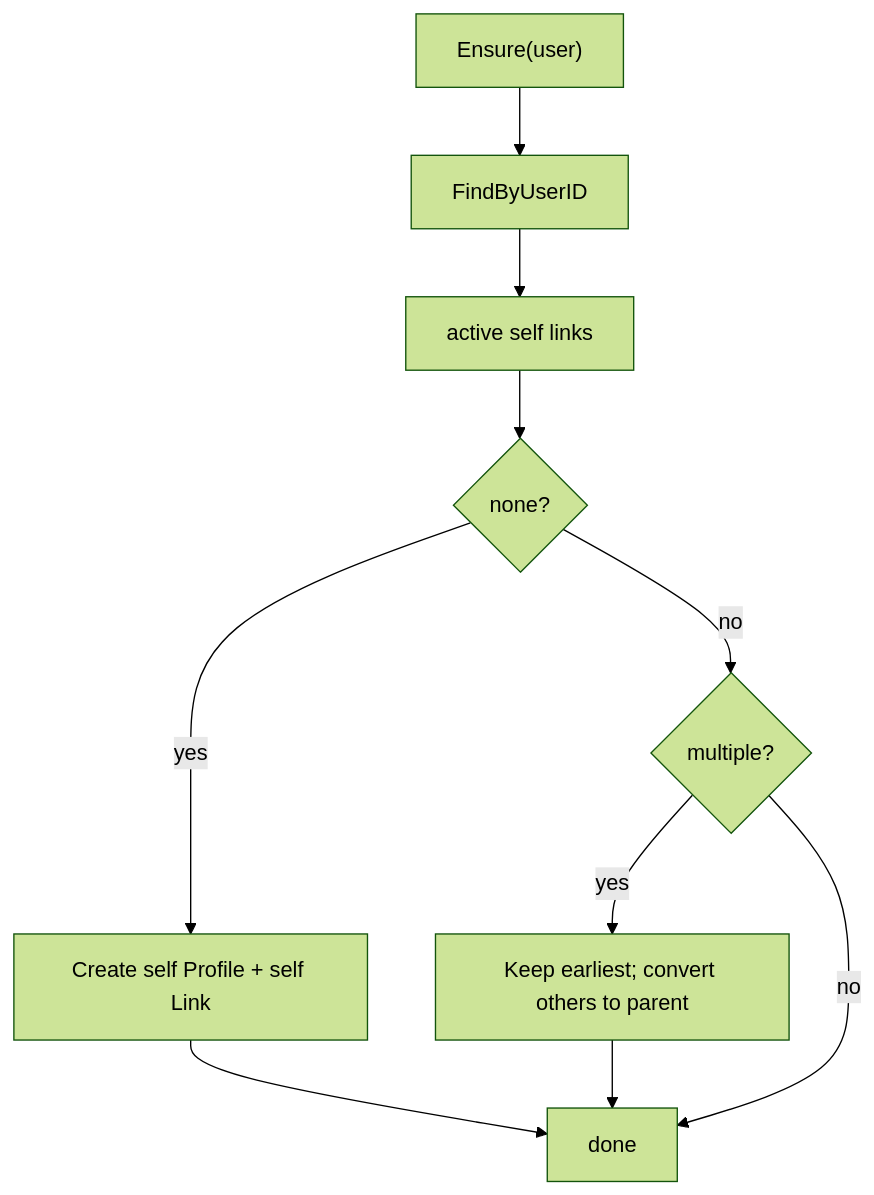
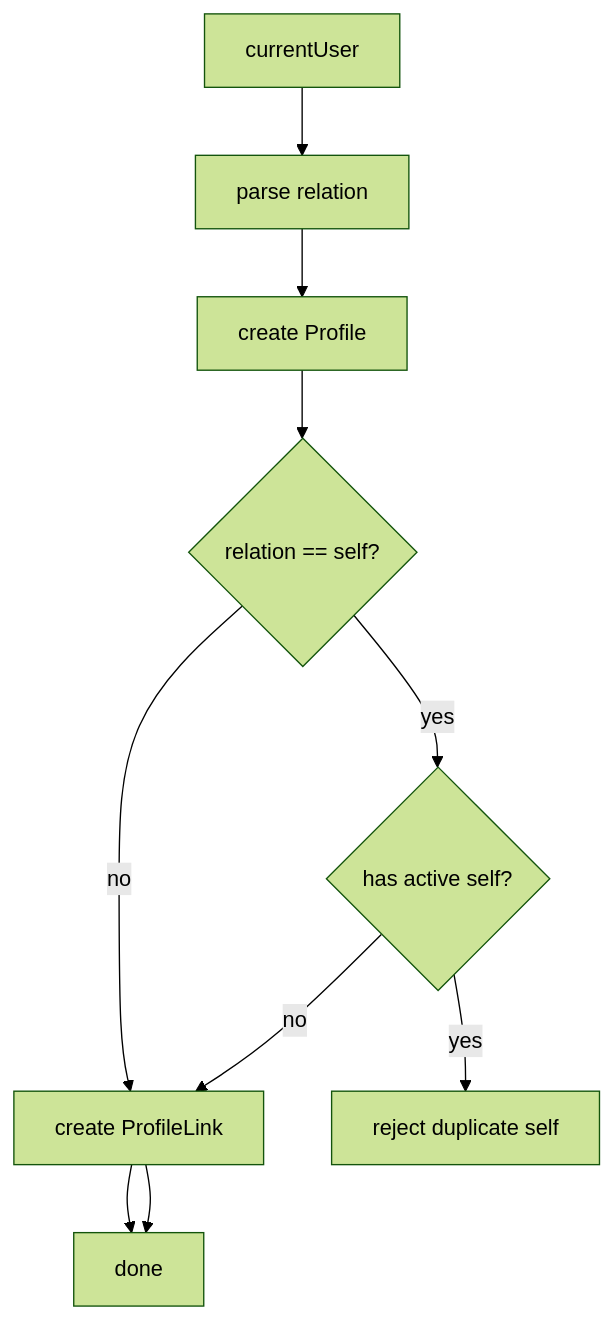
One commit to FangcunMount/iam changed the third of 3 diagrams in docs/07-专题分析/07-为什么ProfileLink不能只是User字段.md. Above: the diagram before and after it, drawn with Mermaid (forest theme). The commit also changed other lines of this file and 35 other files, not shown here.

Commit message:
feat  的 identity 模块业务规则更新： - User 不一定天然拥有 self Profile。 - User 可以通过 C 端功能主动创建 Profile。 - 创建时由业务语义决定这条 ProfileLink 是 self 还是 relation。

````diff
--- a/docs/07-专题分析/07-为什么ProfileLink不能只是User字段.md
+++ b/docs/07-专题分析/07-为什么ProfileLink不能只是User字段.md
@@ -582,17 +576,17 @@
 ```mermaid
 flowchart TD
-    Ensure["Ensure(user)"]
-    Links["FindByUserID"]
-    Selfs["active self links"]
-    None{"none?"}
-    Multi{"multiple?"}
-    Create["Create self Profile + self Link"]
-    Normalize["Keep earliest; convert others to parent"]
+    User["currentUser"]
+    Relation["parse relation"]
+    Profile["create Profile"]
+    IsSelf{"relation == self?"}
+    HasSelf{"has active self?"}
+    Link["create ProfileLink"]
+    Reject["reject duplicate self"]
     Done["done"]
 
-    Ensure --> Links --> Selfs --> None
-    None -->|"yes"| Create --> Done
-    None -->|"no"| Multi
-    Multi -->|"yes"| Normalize --> Done
-    Multi -->|"no"| Done
+    User --> Relation --> Profile --> IsSelf
+    IsSelf -->|"no"| Link --> Done
+    IsSelf -->|"yes"| HasSelf
+    HasSelf -->|"yes"| Reject
+    HasSelf -->|"no"| Link --> Done
 ```
````
